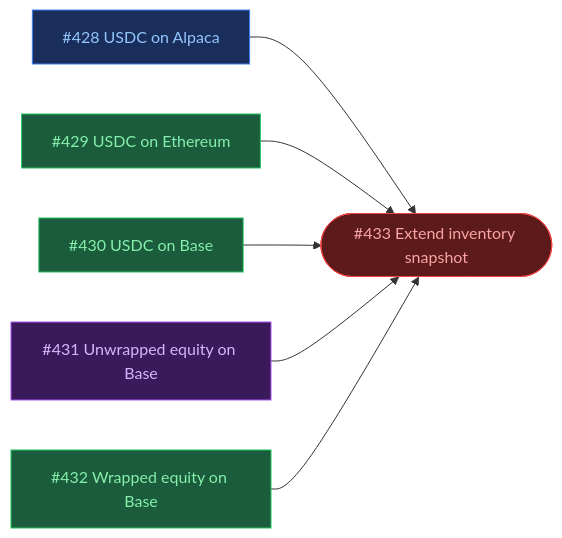
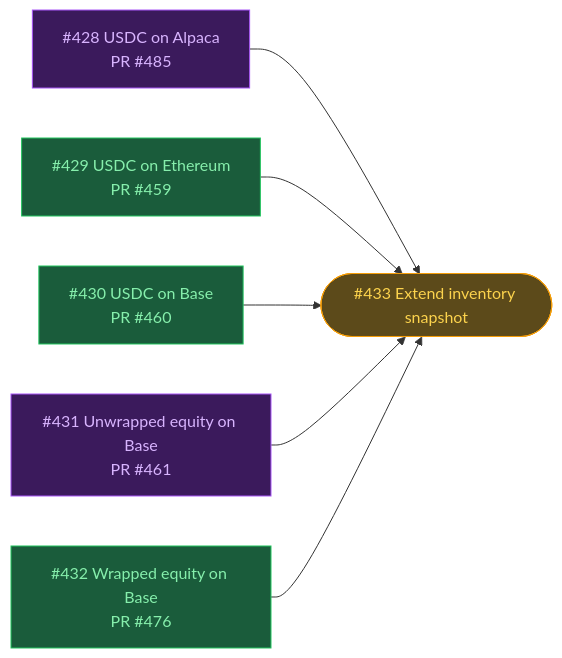
The second of 8 diagrams in ROADMAP.md (ST0x-Technology/st0x.liquidity), drawn with Mermaid before and after one commit. The commit also changed other lines of this file, not shown here.

Commit message:
roadmap: add 'ready' state for stackable dependencies, re-evaluate all graphs

````diff
--- a/ROADMAP.md
+++ b/ROADMAP.md
@@ -69,28 +80,28 @@
 ```mermaid
 graph LR
     classDef wip fill:#1a2e5c,stroke:#3b82f6,color:#93c5fd
     classDef blocked fill:#5c1a1a,stroke:#ef4444,color:#fca5a5
-    classDef todo fill:#5c4a1a,stroke:#f59e0b,color:#fcd34d
+    classDef ready fill:#5c4a1a,stroke:#f59e0b,color:#fcd34d
     classDef review fill:#3b1a5c,stroke:#a855f7,color:#d8b4fe
     classDef done fill:#1a5c3b,stroke:#22c55e,color:#86efac
 
-    id428["#428 USDC on Alpaca"]:::wip
-    id429["#429 USDC on Ethereum"]:::done
-    id430["#430 USDC on Base"]:::done
-    id431["#431 Unwrapped equity on Base"]:::review
-    id432["#432 Wrapped equity on Base"]:::done
-    id433(["#433 Extend inventory snapshot"]):::blocked
+    id428["#428 USDC on Alpaca<br/>PR #485"]:::review
+    id429["#429 USDC on Ethereum<br/>PR #459"]:::done
+    id430["#430 USDC on Base<br/>PR #460"]:::done
+    id431["#431 Unwrapped equity on Base<br/>PR #461"]:::review
+    id432["#432 Wrapped equity on Base<br/>PR #476"]:::done
+    id433(["#433 Extend inventory snapshot"]):::ready
 
     id428 --> id433
     id429 --> id433
     id430 --> id433
     id431 --> id433
     id432 --> id433
 
     click id428 href "https://github.com/ST0x-Technology/st0x.liquidity/issues/428"
     click id429 href "https://github.com/ST0x-Technology/st0x.liquidity/issues/429"
     click id430 href "https://github.com/ST0x-Technology/st0x.liquidity/issues/430"
     click id431 href "https://github.com/ST0x-Technology/st0x.liquidity/issues/431"
     click id432 href "https://github.com/ST0x-Technology/st0x.liquidity/issues/432"
     click id433 href "https://github.com/ST0x-Technology/st0x.liquidity/issues/433"
 ```
````
